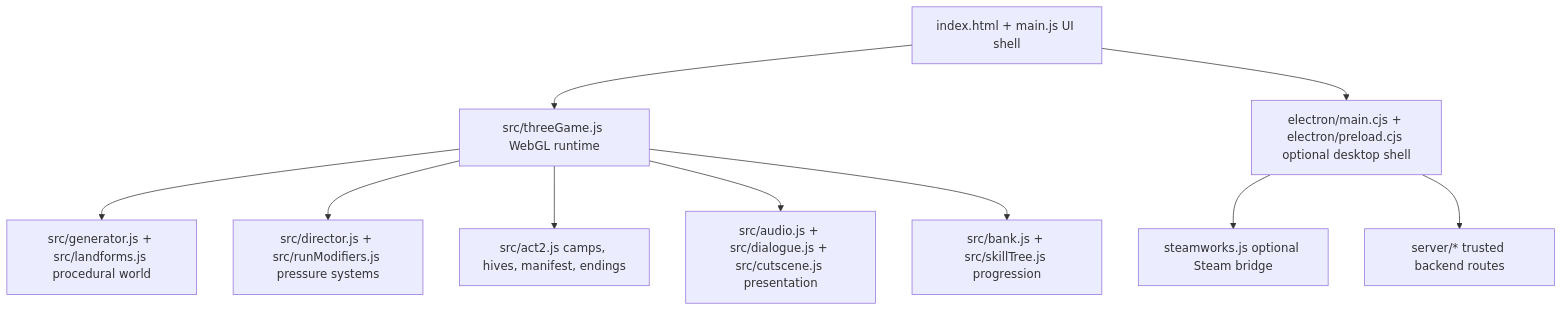
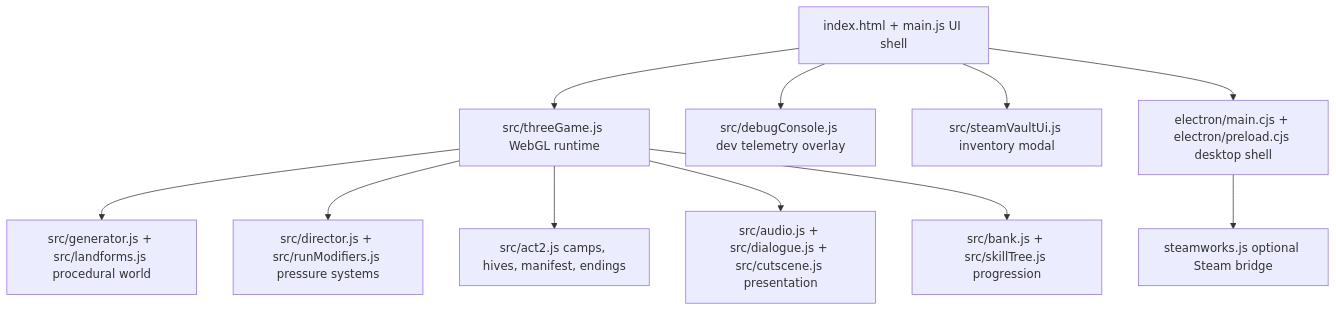
The diagram in README.md (grounded-play/hunker-bunker), drawn with Mermaid before and after one commit. The commit also changed other lines of this file and 2 other files, not shown here.

Commit message:
docs: update README with dev console, architecture, controls, and sync version panel info

````diff
--- a/README.md
+++ b/README.md
@@ -135,12 +136,13 @@
 ```mermaid
 graph TD
     A[index.html + main.js UI shell] --> B[src/threeGame.js WebGL runtime]
     B --> C[src/generator.js + src/landforms.js procedural world]
     B --> D[src/director.js + src/runModifiers.js pressure systems]
     B --> E[src/act2.js camps, hives, manifest, endings]
     B --> F[src/audio.js + src/dialogue.js + src/cutscene.js presentation]
     B --> G[src/bank.js + src/skillTree.js progression]
-    A --> H[electron/main.cjs + electron/preload.cjs optional desktop shell]
-    H --> I[steamworks.js optional Steam bridge]
-    H --> J[server/* trusted backend routes]
+    A --> H[src/debugConsole.js dev telemetry overlay]
+    A --> I[src/steamVaultUi.js inventory modal]
+    A --> J[electron/main.cjs + electron/preload.cjs desktop shell]
+    J --> K[steamworks.js optional Steam bridge]
 ```
````
